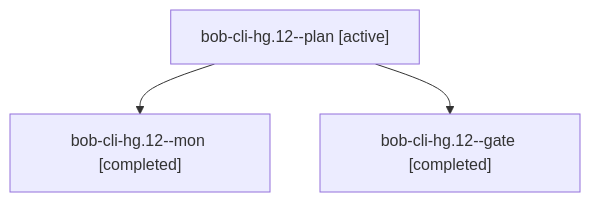
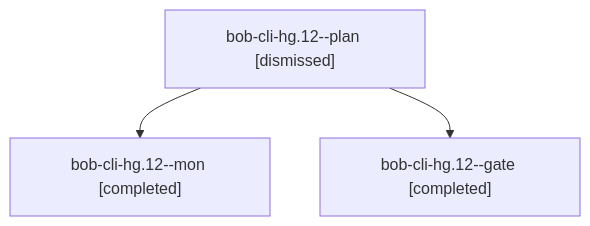
Before and after one commit to bobs-org/bob-cli--agents: the diagram in sessions/bbugyi200.apollo.bob-cli-hg.12.md, drawn with Mermaid. The commit also changed other lines of this file and 104 other files, not shown here.

````diff
--- a/sessions/bbugyi200.apollo.bob-cli-hg.12.md
+++ b/sessions/bbugyi200.apollo.bob-cli-hg.12.md
@@ -9,8 +9,8 @@
 ```mermaid
 flowchart TD
-  n0["bob-cli-hg.12--plan [active]"]
+  n0["bob-cli-hg.12--plan [dismissed]"]
   n1["bob-cli-hg.12--mon [completed]"]
   n0 --> n1
   n2["bob-cli-hg.12--gate [completed]"]
   n0 --> n2
 ```
````
